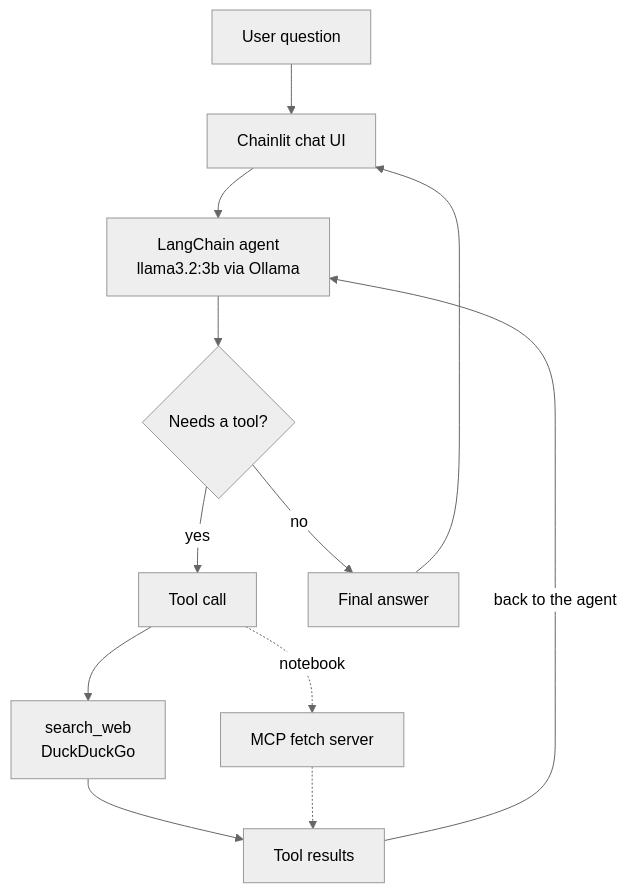
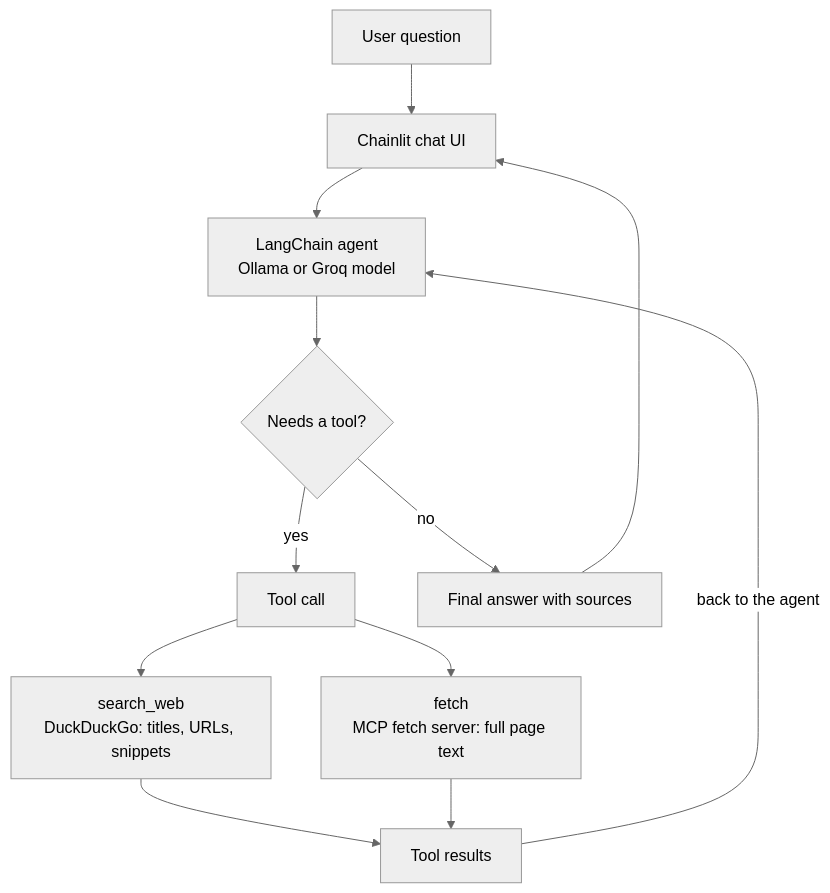
Before and after one commit to sparveencmu/ask-the-web-agent: the diagram in README.md, drawn with Mermaid (neutral theme). The commit also changed other lines of this file and 6 other files, not shown here.

First line of the commit message:
Upgrade to a research agent: search, read pages via MCP fetch, cite sources

````diff
--- a/README.md
+++ b/README.md
@@ -9,14 +11,14 @@
 ```mermaid
 flowchart TD
     U[User question] --> UI[Chainlit chat UI]
-    UI --> AG[LangChain agent<br/>llama3.2:3b via Ollama]
+    UI --> AG[LangChain agent<br/>Ollama or Groq model]
     AG --> D{Needs a tool?}
     D -->|yes| TC[Tool call]
-    TC --> WS[search_web<br/>DuckDuckGo]
-    TC -.->|notebook| MCP[MCP fetch server]
+    TC --> WS[search_web<br/>DuckDuckGo: titles, URLs, snippets]
+    TC --> MCP[fetch<br/>MCP fetch server: full page text]
     WS --> OBS[Tool results]
-    MCP -.-> OBS
+    MCP --> OBS
     OBS -->|back to the agent| AG
-    D -->|no| ANS[Final answer]
+    D -->|no| ANS[Final answer with sources]
     ANS --> UI
 ```
````
